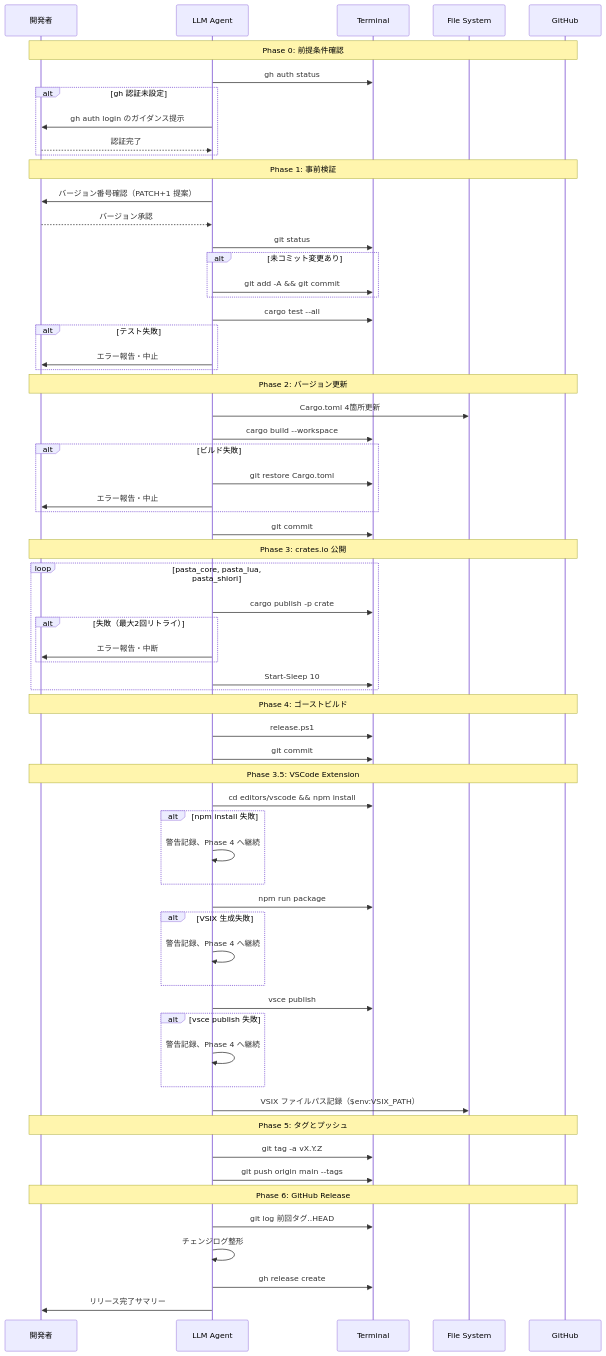
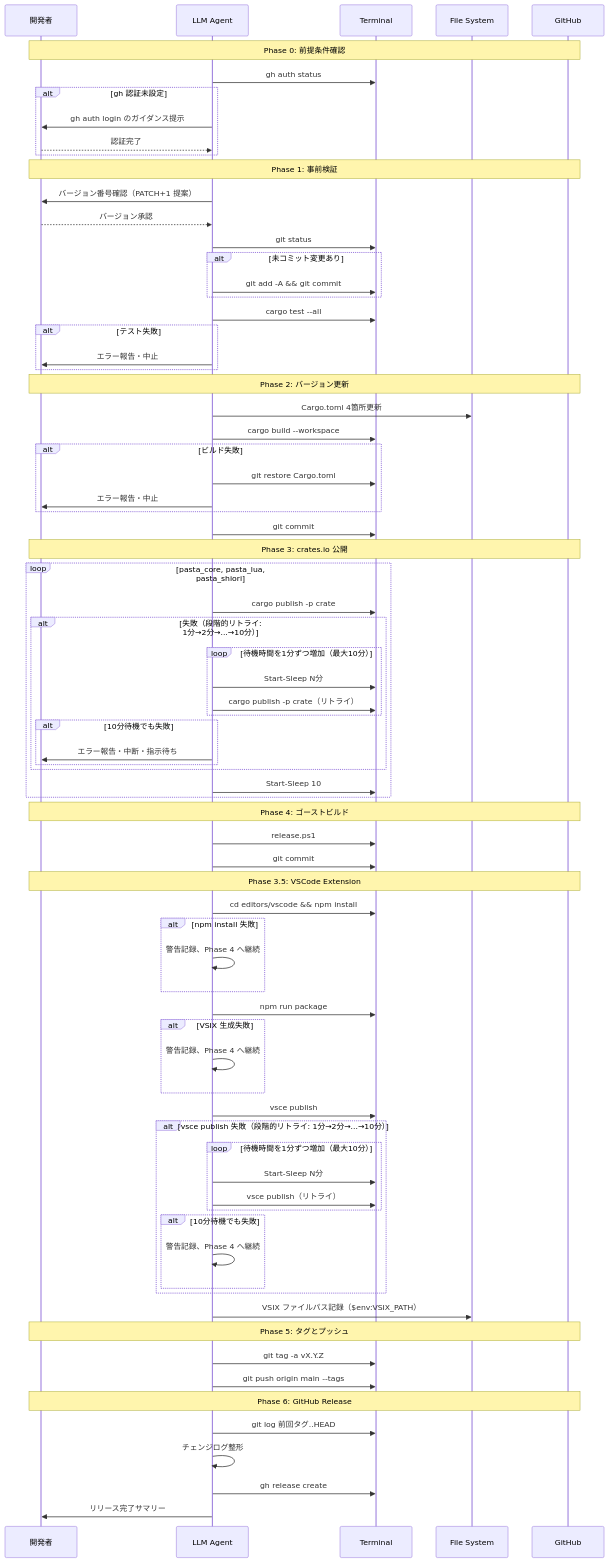
One commit to ekicyou/pasta changed the second of 3 diagrams in .kiro/specs/release-workflow/design.md. Above: the diagram before and after it, drawn with Mermaid. The commit also changed other lines of this file and 4 other files, not shown here.

```diff
--- a/.kiro/specs/release-workflow/design.md
+++ b/.kiro/specs/release-workflow/design.md
@@ -170,8 +170,14 @@
     Note over Dev,GH: Phase 3: crates.io 公開
     loop pasta_core, pasta_lua, pasta_shiori
         LLM->>Term: cargo publish -p crate
-        alt 失敗（最大2回リトライ）
-            LLM->>Dev: エラー報告・中断
+        alt 失敗（段階的リトライ: 1分→2分→...→10分）
+            loop 待機時間を1分ずつ増加（最大10分）
+                LLM->>Term: Start-Sleep N分
+                LLM->>Term: cargo publish -p crate（リトライ）
+            end
+            alt 10分待機でも失敗
+                LLM->>Dev: エラー報告・中断・指示待ち
+            end
         end
         LLM->>Term: Start-Sleep 10
     end
@@ -190,8 +196,14 @@
         LLM->>LLM: 警告記録、Phase 4 へ継続
     end
     LLM->>Term: vsce publish
-    alt vsce publish 失敗
-        LLM->>LLM: 警告記録、Phase 4 へ継続
+    alt vsce publish 失敗（段階的リトライ: 1分→2分→...→10分）
+        loop 待機時間を1分ずつ増加（最大10分）
+            LLM->>Term: Start-Sleep N分
+            LLM->>Term: vsce publish（リトライ）
+        end
+        alt 10分待機でも失敗
+            LLM->>LLM: 警告記録、Phase 4 へ継続
+        end
     end
     LLM->>FS: VSIX ファイルパス記録（$env:VSIX_PATH）
 
```
